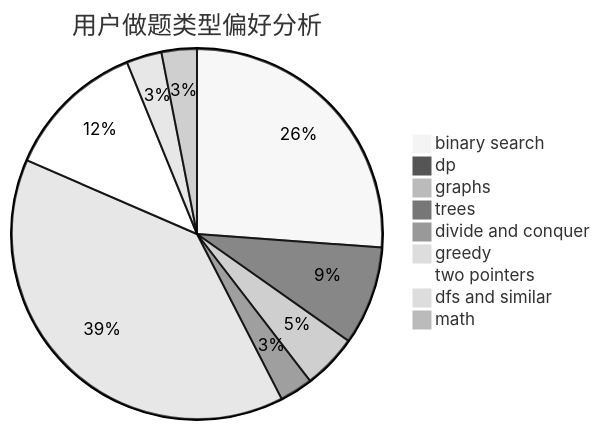
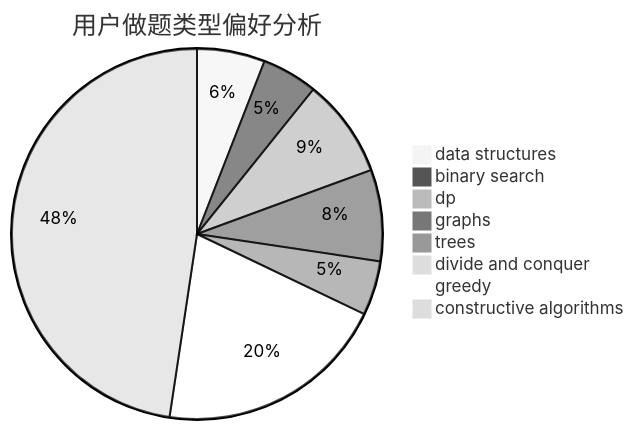
Before and after one commit to sherpahu/cfrs.github.io: the second of 3 diagrams in docs/user/u1519.md, drawn with Mermaid (neutral theme). The commit also changed other lines of this file and 2775 other files, not shown here.

````diff
--- a/docs/user/u1519.md
+++ b/docs/user/u1519.md
@@ -23,12 +23,11 @@
 ```mermaid
 pie title 用户做题类型偏好分析
-    "binary search" :  416
-    "dp" :  137
-    "graphs" :  76
-    "trees" :  46
+    "data structures" :  55
+    "binary search" :  45
+    "dp" :  80
+    "graphs" :  74
+    "trees" :  44
     "divide and conquer" :  0
-    "greedy" :  621
-    "two pointers" :  196
-    "dfs and similar" :  49
-    "math" :  49
+    "greedy" :  188
+    "constructive algorithms" :  442
 ```
````
